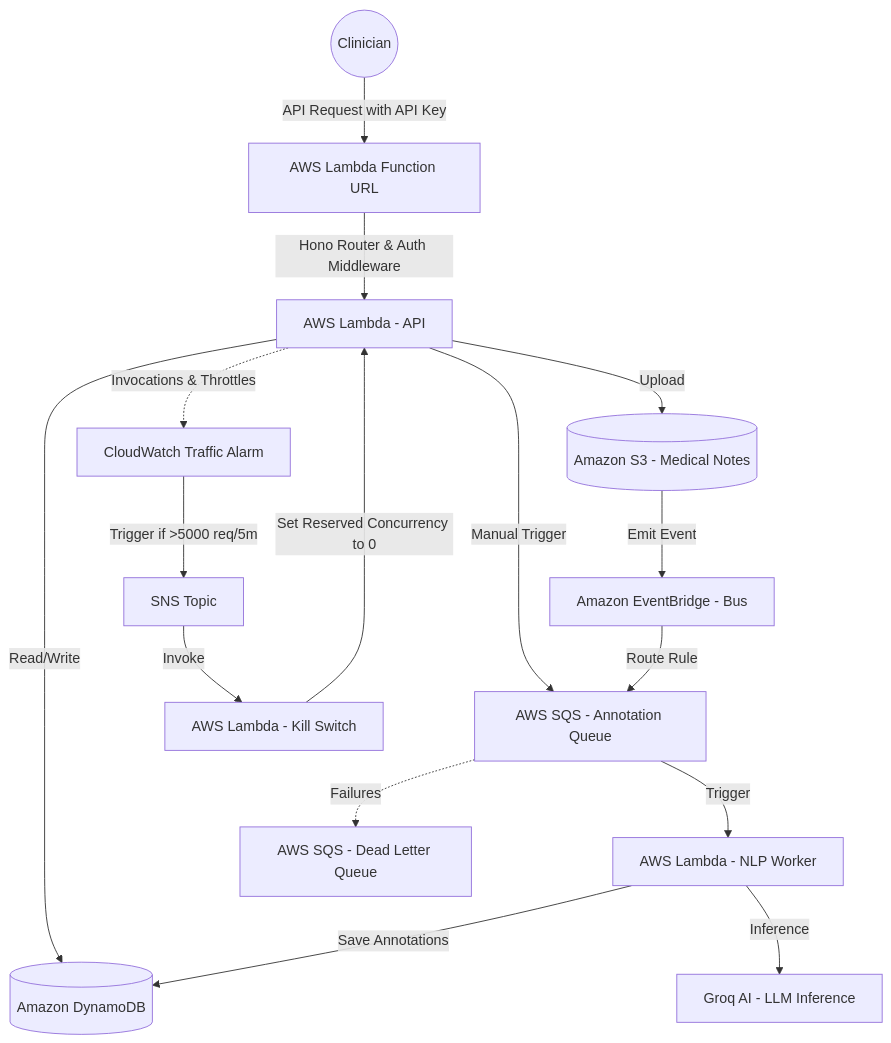
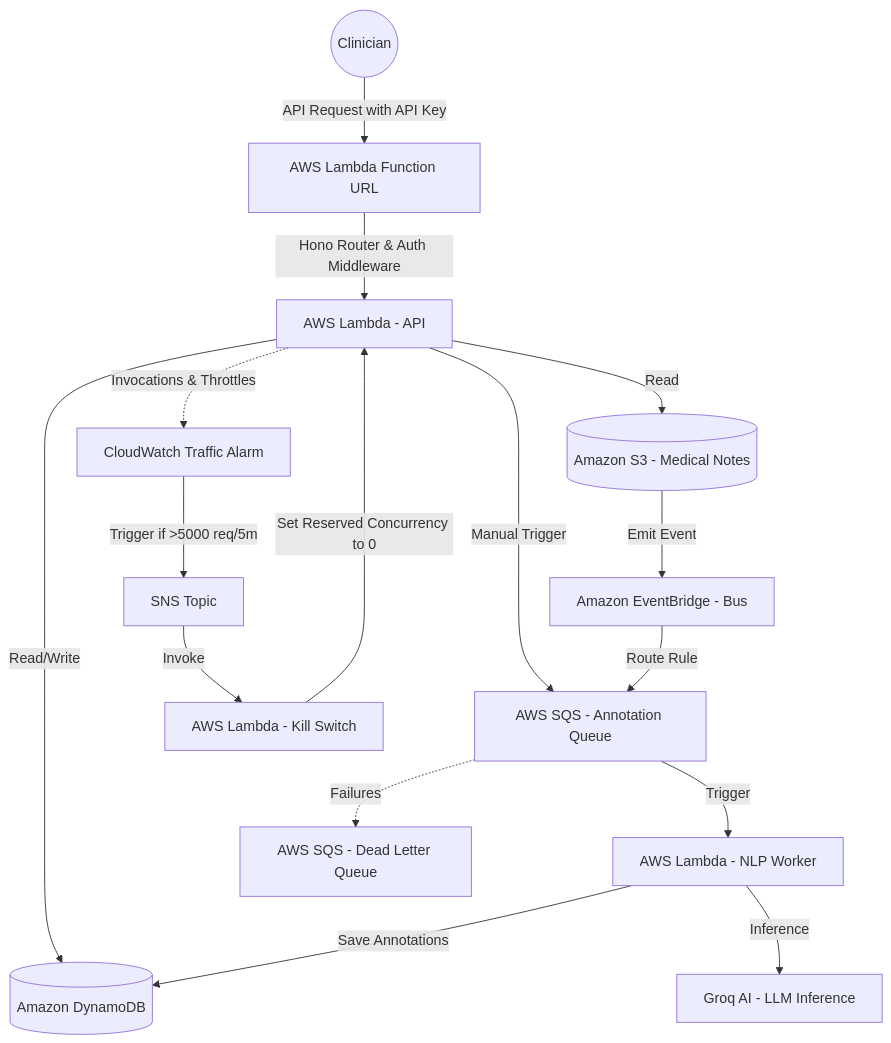
Before and after one commit to harsh-vardhhan/EHR-backend: the diagram in README.md, drawn with Mermaid.

Commit message:
docs: fix S3 connection from Lambda API in architecture diagram

````diff
--- a/README.md
+++ b/README.md
@@ -25,22 +25,22 @@
 ```mermaid
 graph TD
     User((Clinician)) -->|API Request with API Key| LambdaURL[AWS Lambda Function URL]
     LambdaURL -->|Hono Router & Auth Middleware| LambdaAPI[AWS Lambda - API]
     LambdaAPI -->|Read/Write| DynamoDB[(Amazon DynamoDB)]
-    LambdaAPI -->|Upload| S3[(Amazon S3 - Medical Notes)]
+    LambdaAPI -->|Read| S3[(Amazon S3 - Medical Notes)]
     LambdaAPI -->|Manual Trigger| SQS[AWS SQS - Annotation Queue]
 
     S3 -->|Emit Event| EB[Amazon EventBridge - Bus]
     EB -->|Route Rule| SQS[AWS SQS - Annotation Queue]
     SQS -->|Trigger| LambdaWorker[AWS Lambda - NLP Worker]
     SQS -.->|Failures| DLQ[AWS SQS - Dead Letter Queue]
     
     LambdaWorker -->|Inference| Groq[Groq AI - LLM Inference]
     LambdaWorker -->|Save Annotations| DynamoDB
 
     %% DDoS Protection
     LambdaAPI -.->|Invocations & Throttles| CWAlarm[CloudWatch Traffic Alarm]
     CWAlarm -->|Trigger if >5000 req/5m| SNS[SNS Topic]
     SNS -->|Invoke| LambdaKillSwitch[AWS Lambda - Kill Switch]
     LambdaKillSwitch -->|Set Reserved Concurrency to 0| LambdaAPI
 ```
````
